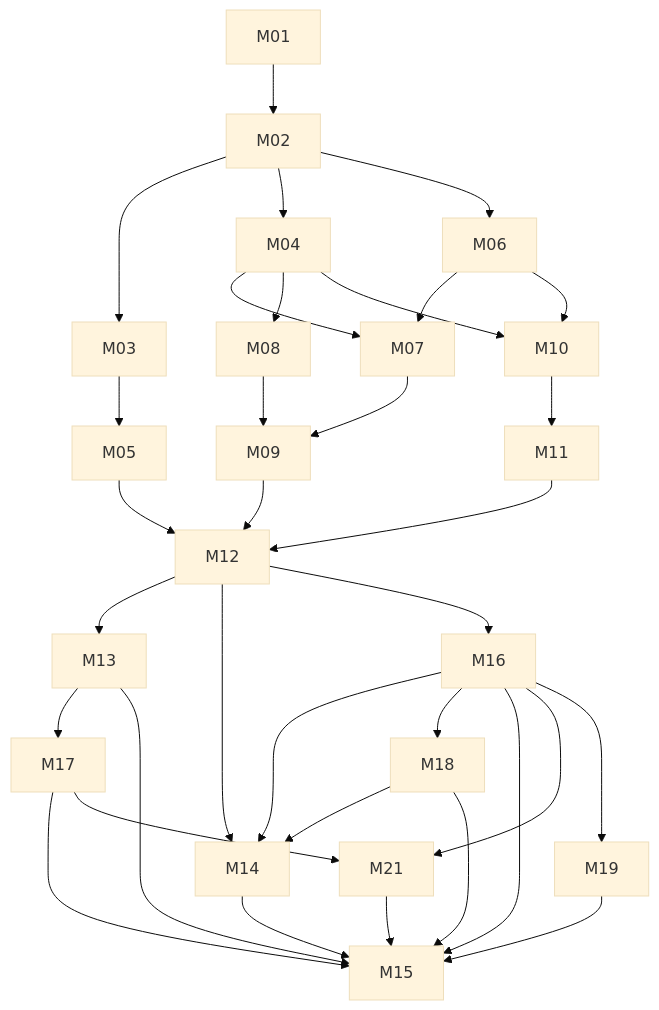
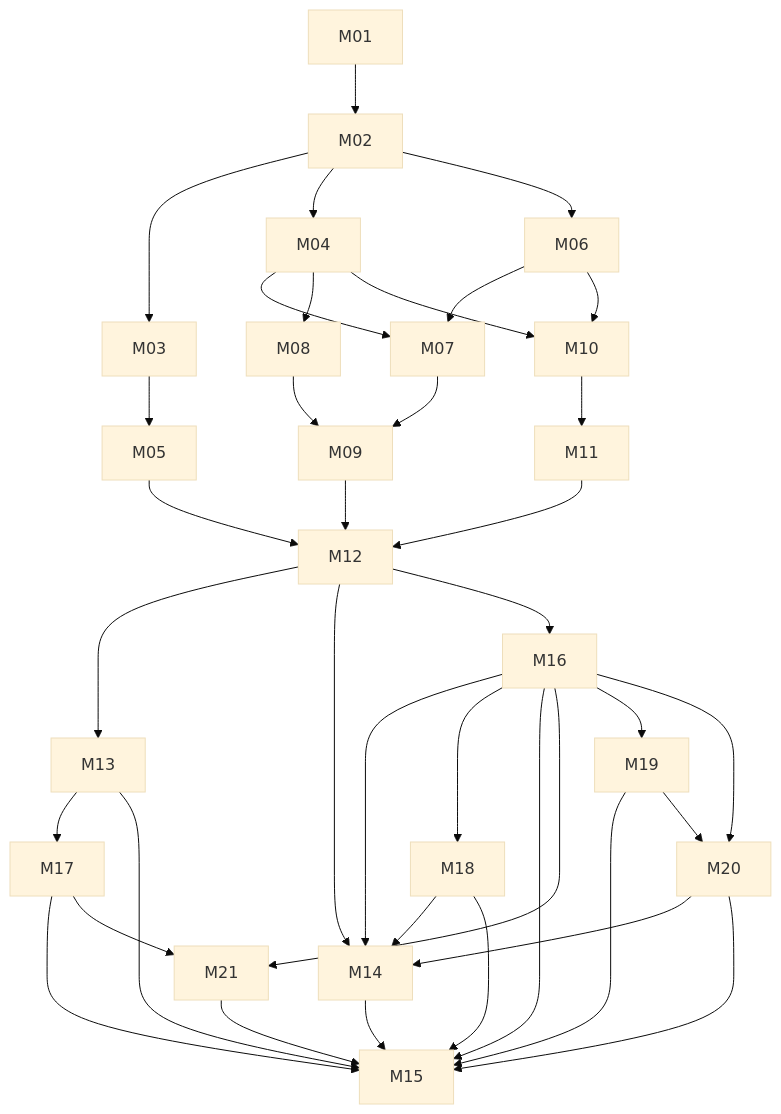
One commit to KomplexMojo/NordicAim changed the diagram in docs/milestones/README.md. Above: the diagram before and after it, drawn with Mermaid (base theme). The commit also changed other lines of this file and 6 other files, not shown here.

````diff
--- a/docs/milestones/README.md
+++ b/docs/milestones/README.md
@@ -36,35 +37,39 @@
 ```mermaid
 flowchart TD
   M01 --> M02
   M02 --> M03 --> M05
   M02 --> M04
   M02 --> M06
   M04 --> M07
   M06 --> M07
   M04 --> M08
   M07 --> M09
   M08 --> M09
   M04 --> M10
   M06 --> M10
   M10 --> M11
   M05 --> M12
   M09 --> M12
   M11 --> M12
   M12 --> M13
   M12 --> M14
   M12 --> M16
   M13 --> M17
   M16 --> M14
   M16 --> M18
   M18 --> M14
   M18 --> M15
   M13 --> M15
   M14 --> M15
   M16 --> M15
   M17 --> M15
   M16 --> M21
   M17 --> M21
   M21 --> M15
   M16 --> M19
   M19 --> M15
+  M16 --> M20
+  M19 --> M20
+  M20 --> M14
+  M20 --> M15
 ```
````
